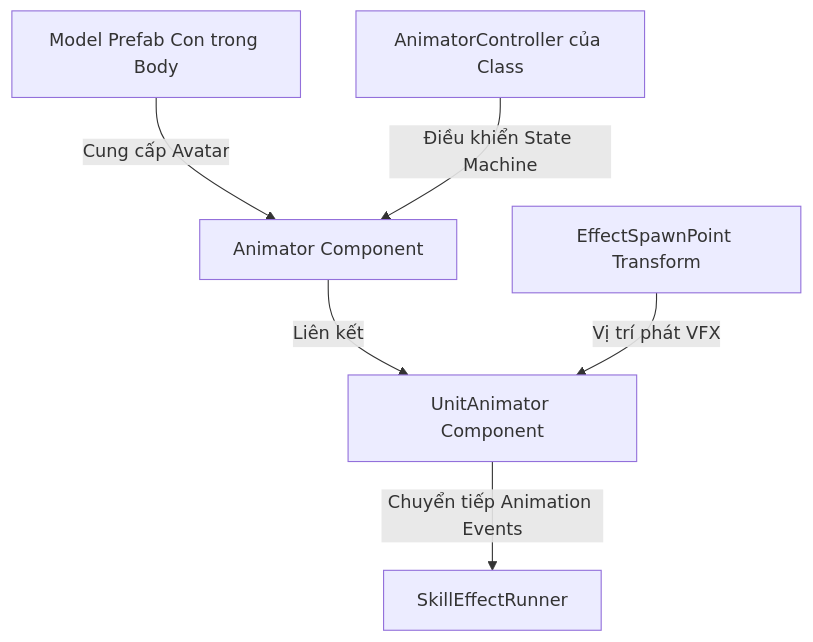
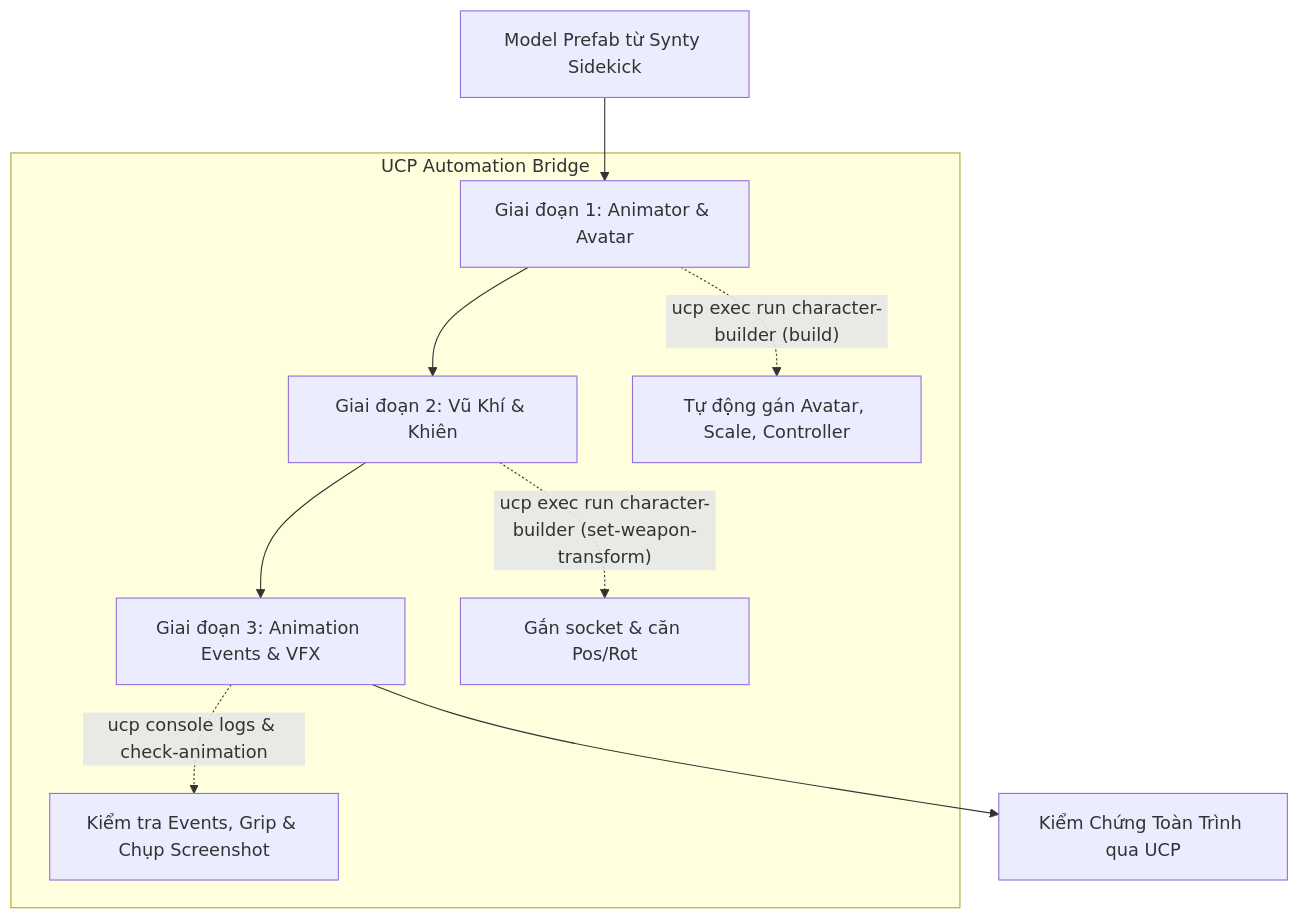
One commit to manhtruong594/turnbased_2025 changed the diagram in Assets/Docs/Workflow/Character_Animation_Weapon_Setup_Workflow.md. Above: the diagram before and after it, drawn with Mermaid. The commit also changed other lines of this file and 39 other files, not shown here.

````diff
--- a/Assets/Docs/Workflow/Character_Animation_Weapon_Setup_Workflow.md
+++ b/Assets/Docs/Workflow/Character_Animation_Weapon_Setup_Workflow.md
@@ -13,8 +16,13 @@
 ```mermaid
 graph TD
-    A["Model Prefab Con trong Body"] -->|"Cung cấp Avatar"| B["Animator Component"]
-    C["AnimatorController của Class"] -->|"Điều khiển State Machine"| B
-    B -->|"Liên kết"| D["UnitAnimator Component"]
-    E["EffectSpawnPoint Transform"] -->|"Vị trí phát VFX"| D
-    D -->|"Chuyển tiếp Animation Events"| F["SkillEffectRunner"]
+    A["Model Prefab từ Synty Sidekick"] --> B["Giai đoạn 1: Animator & Avatar"]
+    B --> C["Giai đoạn 2: Vũ Khí & Khiên"]
+    C --> D["Giai đoạn 3: Animation Events & VFX"]
+    D --> E["Kiểm Chứng Toàn Trình qua UCP"]
+
+    subgraph UCP Automation Bridge
+        B -.->|"ucp exec run character-builder (build)"| U1["Tự động gán Avatar, Scale, Controller"]
+        C -.->|"ucp exec run character-builder (set-weapon-transform)"| U2["Gắn socket & căn Pos/Rot"]
+        D -.->|"ucp console logs & check-animation"| U3["Kiểm tra Events, Grip & Chụp Screenshot"]
+    end
 ```
````
